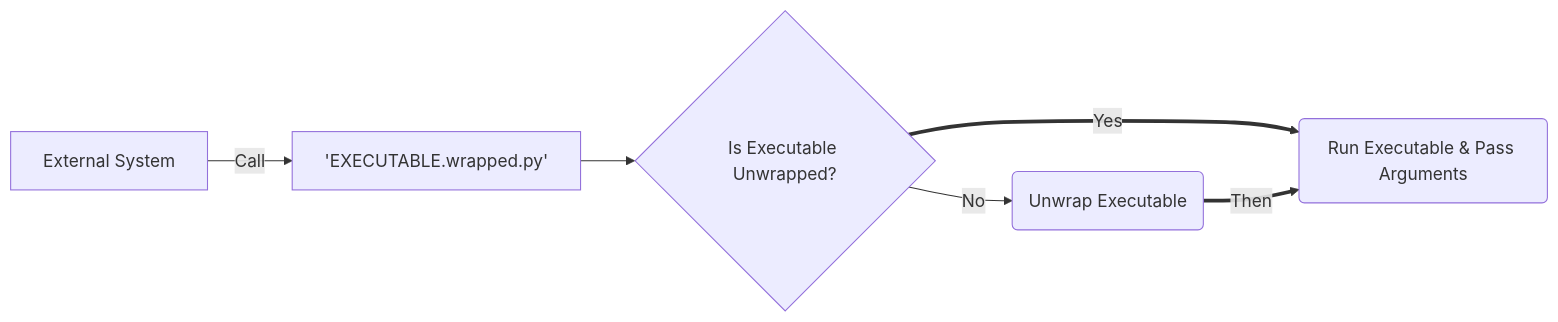
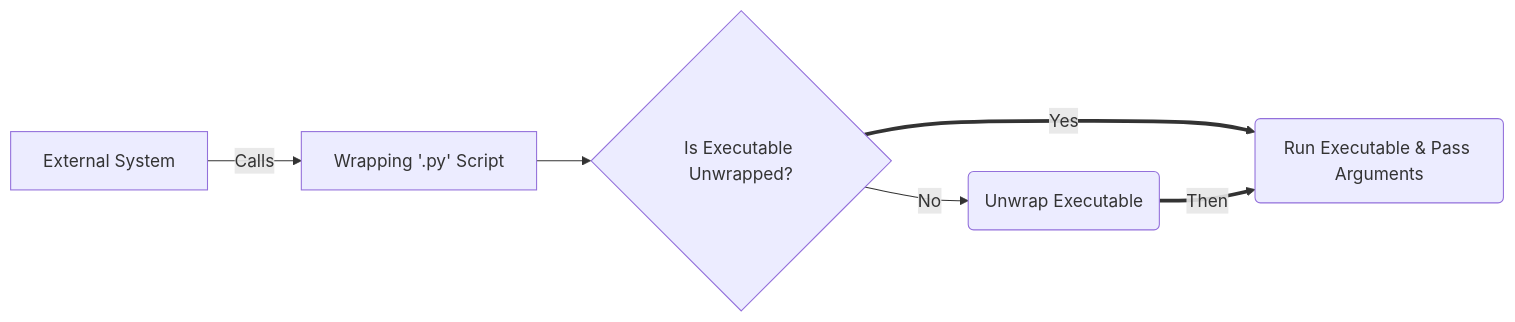
Before and after one commit to DK26/wrapin-py: the second of 2 diagrams in README.md, drawn with Mermaid.

Commit message:
Updated flowchart for `Auto-Unwrap & Delegate Script Calls` in `README.md`

````diff
--- a/README.md
+++ b/README.md
@@ -93,13 +93,13 @@
 ```mermaid
 graph LR;
     SYSTEM[External System];
-    SYSTEM --> |Call| WRAPPED;
-    WRAPPED['EXECUTABLE.wrapped.py'];
+    SYSTEM --> |Calls| WRAPPED;
+    WRAPPED[Wrapping '.py' Script];
     WRAPPED --> TEST;
     TEST{Is Executable Unwrapped?};
     TEST ==> |Yes| RUN_EXEC;
     TEST --> |No| UNWRAP;
     RUN_EXEC(Run Executable & Pass Arguments);
     UNWRAP(Unwrap Executable);
     UNWRAP ==> |Then| RUN_EXEC;
 ```
````
